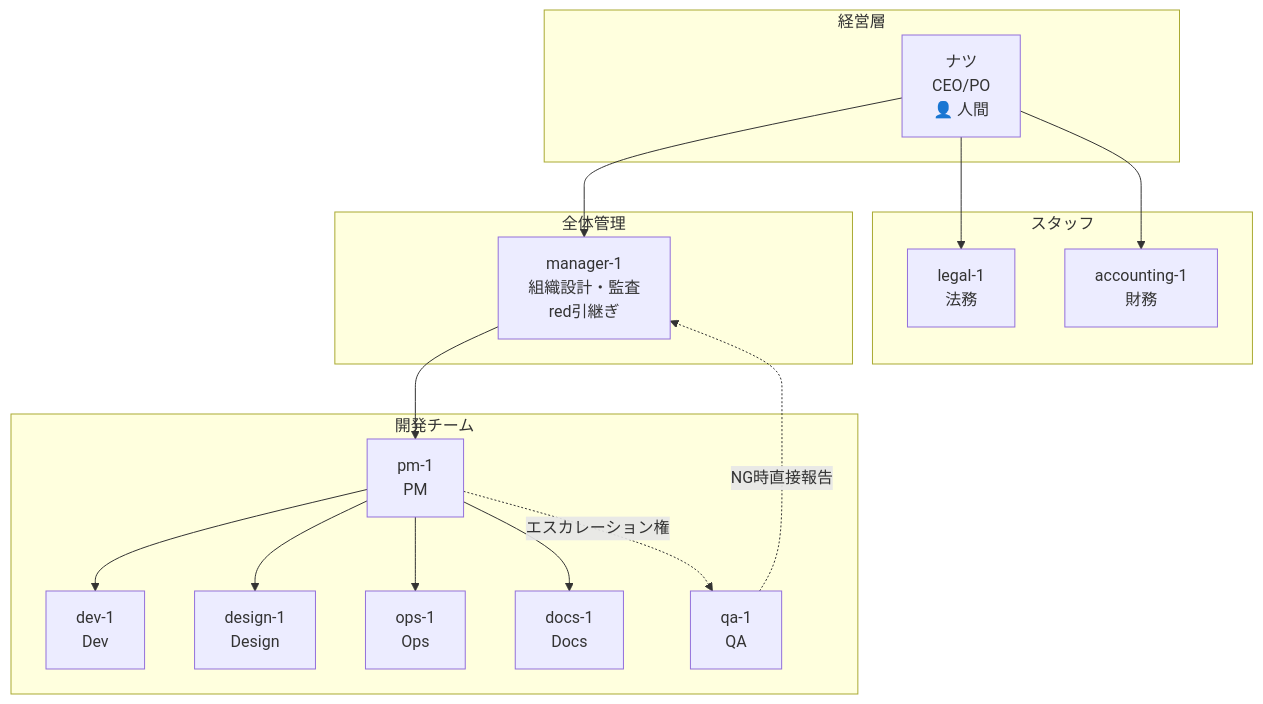
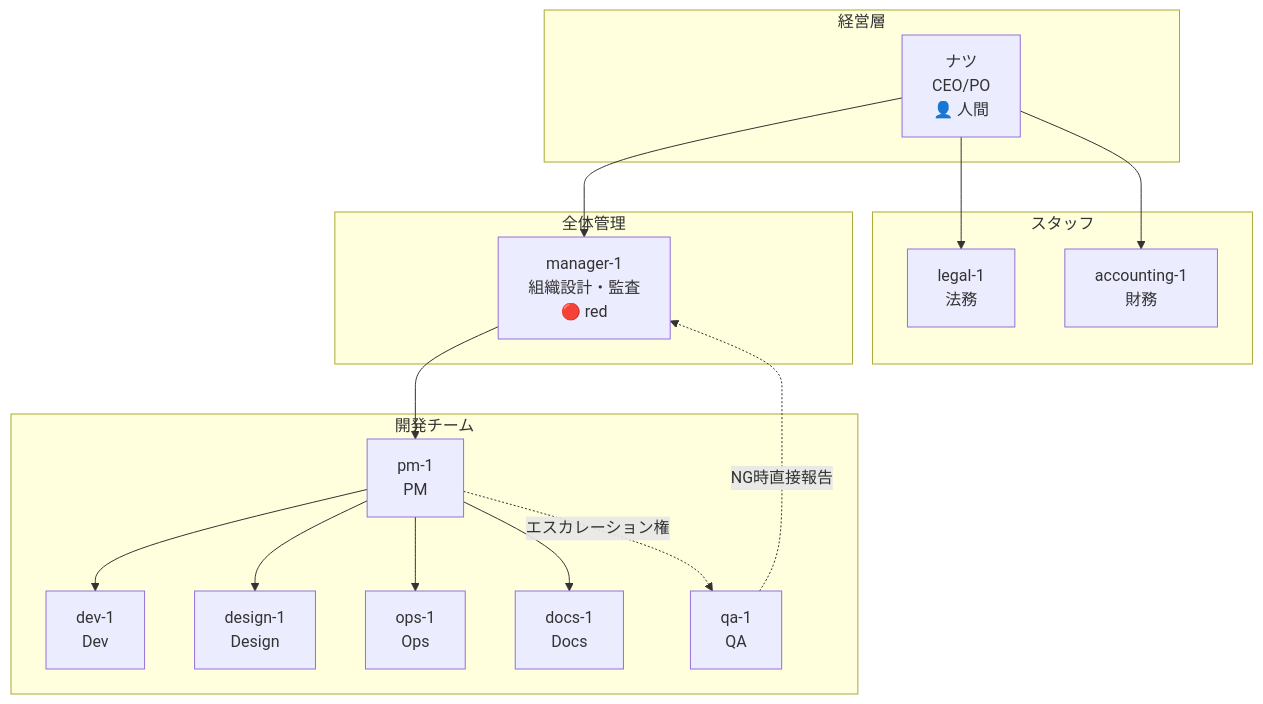
Before and after one commit to Frexida/agentflow: the diagram in docs/ORGANIZATION.md, drawn with Mermaid. The commit also changed other lines of this file, not shown here.

Commit message:
docs: manager-1=red稼働、全エージェント作成済みに更新

````diff
--- a/docs/ORGANIZATION.md
+++ b/docs/ORGANIZATION.md
@@ -18,36 +18,36 @@
 ```mermaid
 graph TD
     subgraph CEO["経営層"]
         NATSU[ナツ<br/>CEO/PO<br/>👤 人間]
     end
 
     subgraph MGR["全体管理"]
-        MGR1[manager-1<br/>組織設計・監査<br/>red引継ぎ]
+        MGR1[manager-1<br/>組織設計・監査<br/>🔴 red]
     end
 
     subgraph DEV["開発チーム"]
         PM1[pm-1<br/>PM]
         DEV1[dev-1<br/>Dev]
         QA1[qa-1<br/>QA]
         DESIGN1[design-1<br/>Design]
         OPS1[ops-1<br/>Ops]
         DOCS1[docs-1<br/>Docs]
     end
 
     subgraph STAFF["スタッフ"]
         LEGAL1[legal-1<br/>法務]
         ACCT1[accounting-1<br/>財務]
     end
 
     NATSU --> MGR1
     MGR1 --> PM1
     PM1 --> DEV1
     PM1 --> DESIGN1
     PM1 --> OPS1
     PM1 --> DOCS1
     PM1 -.->|エスカレーション権| QA1
     QA1 -.->|NG時直接報告| MGR1
 
     NATSU --> LEGAL1
     NATSU --> ACCT1
 ```
````
